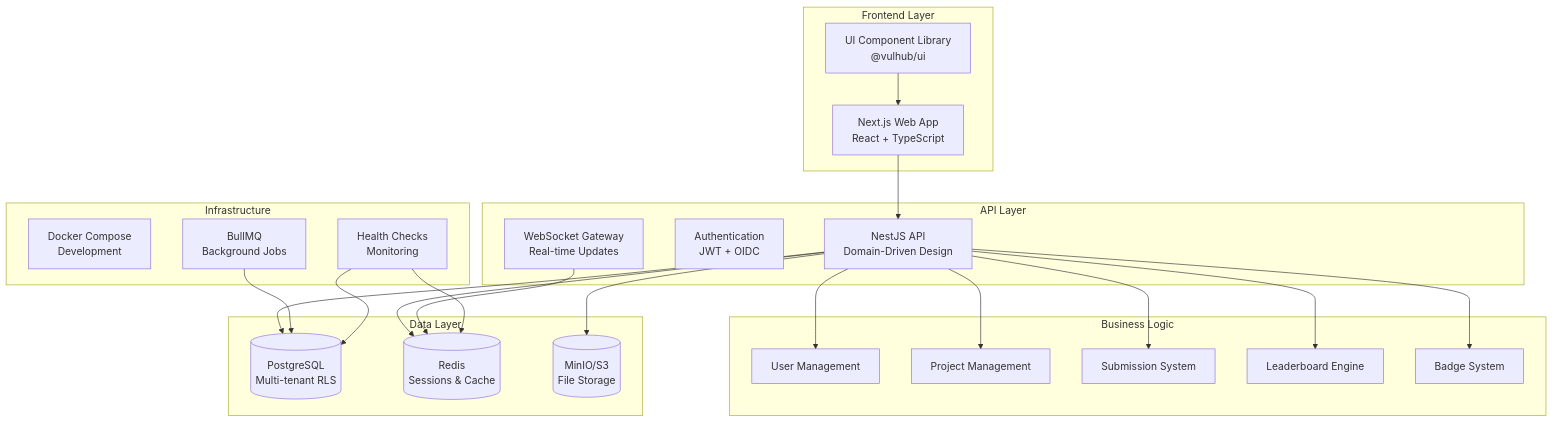
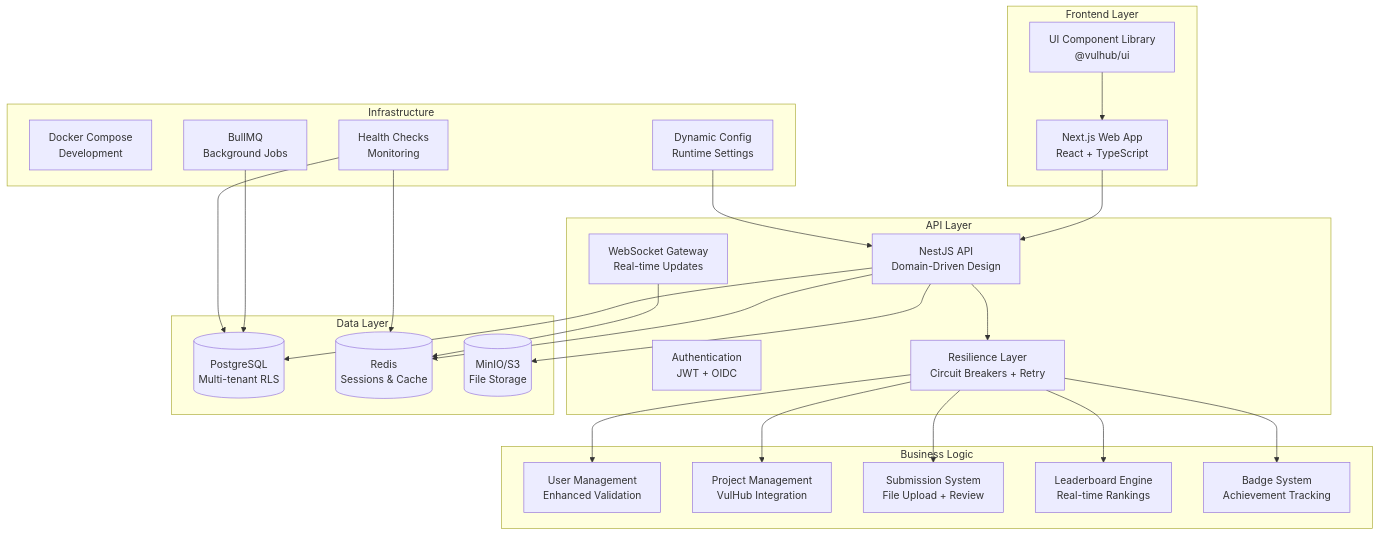
The first of 2 diagrams in README.md (des-work/VulHub-LeaderBoard-Web), drawn with Mermaid before and after one commit. The commit also changed other lines of this file and 48 other files, not shown here.

````diff
--- a/README.md
+++ b/README.md
@@ -46,48 +47,52 @@
 ```mermaid
 graph TB
     subgraph "Frontend Layer"
         WEB[Next.js Web App<br/>React + TypeScript]
         UI[UI Component Library<br/>@vulhub/ui]
     end
     
     subgraph "API Layer"
         API[NestJS API<br/>Domain-Driven Design]
         AUTH[Authentication<br/>JWT + OIDC]
         WS[WebSocket Gateway<br/>Real-time Updates]
+        RESILIENCE[Resilience Layer<br/>Circuit Breakers + Retry]
     end
     
     subgraph "Business Logic"
-        USERS[User Management]
-        PROJECTS[Project Management]
-        SUBMISSIONS[Submission System]
-        LEADERBOARDS[Leaderboard Engine]
-        BADGES[Badge System]
+        USERS[User Management<br/>Enhanced Validation]
+        PROJECTS[Project Management<br/>VulHub Integration]
+        SUBMISSIONS[Submission System<br/>File Upload + Review]
+        LEADERBOARDS[Leaderboard Engine<br/>Real-time Rankings]
+        BADGES[Badge System<br/>Achievement Tracking]
     end
     
     subgraph "Data Layer"
         DB[(PostgreSQL<br/>Multi-tenant RLS)]
         CACHE[(Redis<br/>Sessions & Cache)]
         STORAGE[(MinIO/S3<br/>File Storage)]
     end
     
     subgraph "Infrastructure"
         DOCKER[Docker Compose<br/>Development]
         MONITOR[Health Checks<br/>Monitoring]
         QUEUE[BullMQ<br/>Background Jobs]
+        CONFIG[Dynamic Config<br/>Runtime Settings]
     end
     
     WEB --> API
     UI --> WEB
-    API --> USERS
-    API --> PROJECTS
-    API --> SUBMISSIONS
-    API --> LEADERBOARDS
-    API --> BADGES
+    API --> RESILIENCE
+    RESILIENCE --> USERS
+    RESILIENCE --> PROJECTS
+    RESILIENCE --> SUBMISSIONS
+    RESILIENCE --> LEADERBOARDS
+    RESILIENCE --> BADGES
     API --> DB
     API --> CACHE
     API --> STORAGE
     WS --> CACHE
     QUEUE --> DB
     MONITOR --> DB
     MONITOR --> CACHE
+    CONFIG --> API
 ```
````
